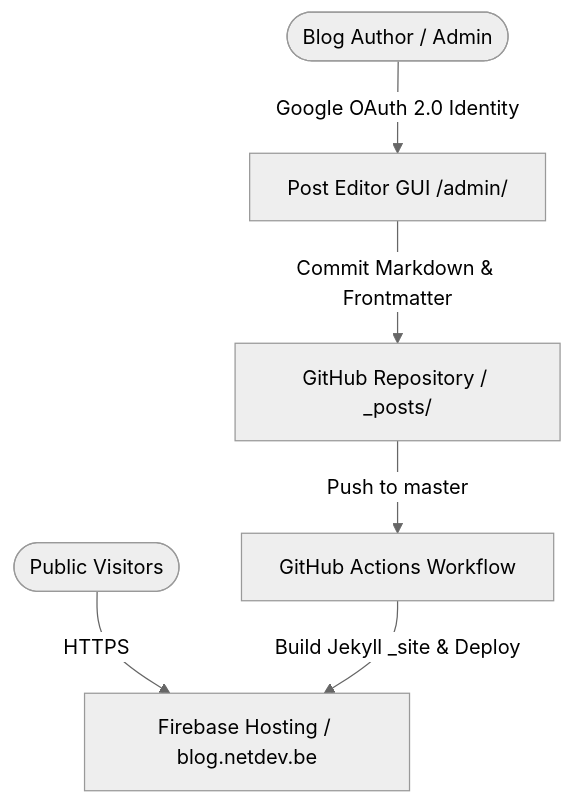
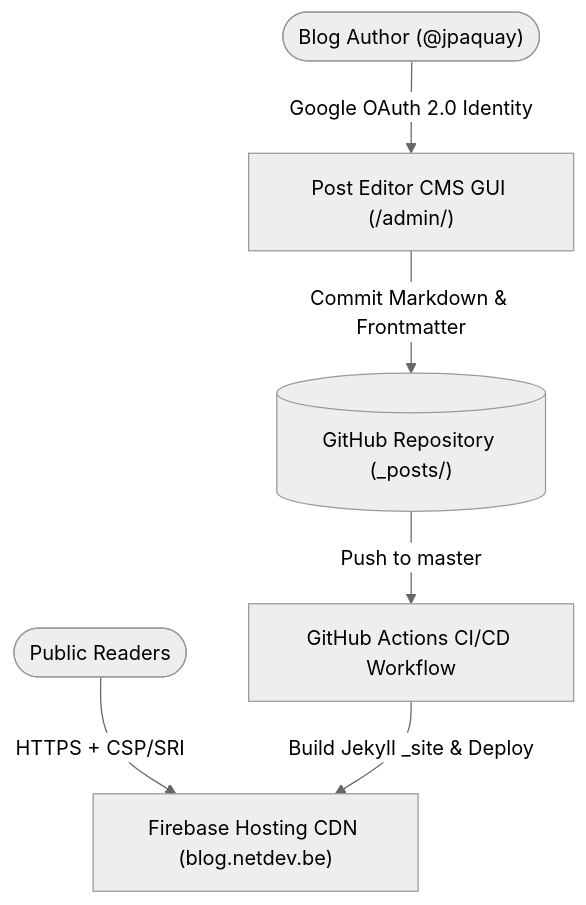
Before and after one commit to jpaquay/jpaquay.github.io: the diagram in README.md, drawn with Mermaid (neutral theme). The commit also changed other lines of this file and 8 other files, not shown here.

First line of the commit message:
docs: add CC BY-SA 4.0 license, contributing guide, architecture review, latest posts, and credits

````diff
--- a/README.md
+++ b/README.md
@@ -9,8 +15,8 @@
 ```mermaid
-graph TD
-    User([Public Visitors]) -->|HTTPS| FirebaseHosting[Firebase Hosting / blog.netdev.be]
-    Admin([Blog Author / Admin]) -->|Google OAuth 2.0 Identity| AdminGUI[Post Editor GUI /admin/]
-    AdminGUI -->|Commit Markdown & Frontmatter| GitHubRepo[GitHub Repository / _posts/]
-    GitHubRepo -->|Push to master| GHActions[GitHub Actions Workflow]
+flowchart TD
+    User(["Public Readers"]) -->|HTTPS + CSP/SRI| FirebaseHosting["Firebase Hosting CDN (blog.netdev.be)"]
+    Admin(["Blog Author (@jpaquay)"]) -->|Google OAuth 2.0 Identity| AdminGUI["Post Editor CMS GUI (/admin/)"]
+    AdminGUI -->|Commit Markdown & Frontmatter| GitHubRepo[("GitHub Repository (_posts/)")]
+    GitHubRepo -->|Push to master| GHActions["GitHub Actions CI/CD Workflow"]
     GHActions -->|Build Jekyll _site & Deploy| FirebaseHosting
 ```
````
